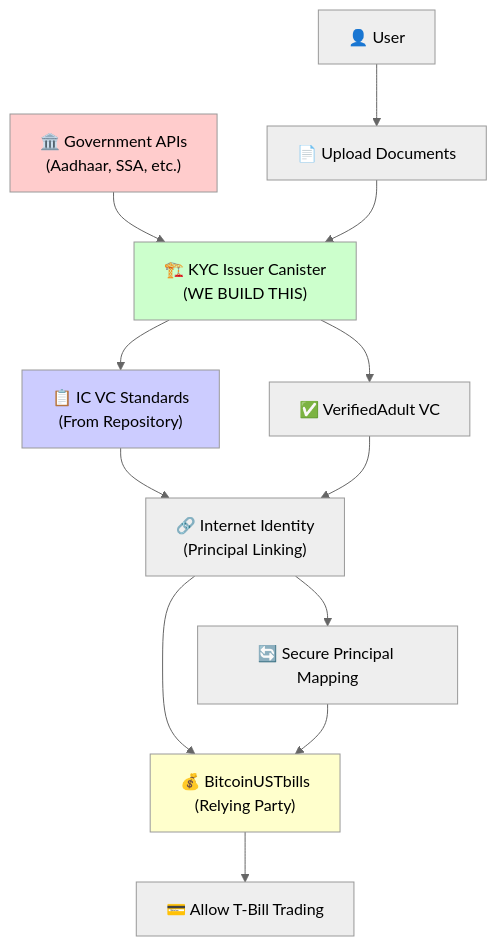
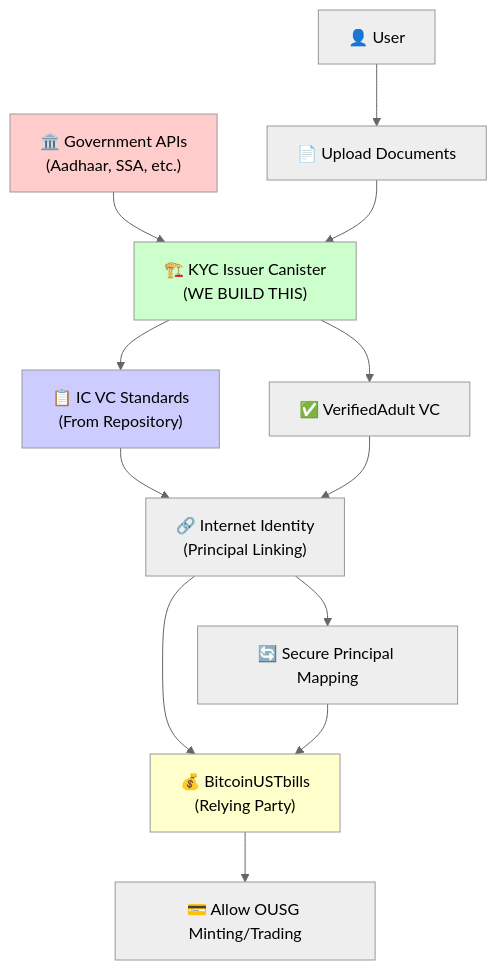
One commit to IC-DAPPS/BitcoinUSTbills changed the diagram in README.md. Above: the diagram before and after it, drawn with Mermaid (neutral theme). The commit also changed other lines of this file, not shown here.

First line of the commit message:
docs: Revise README to reflect OUSG token minting and platform features

````diff
--- a/README.md
+++ b/README.md
@@ -107,20 +116,20 @@
 ```mermaid
 graph TD
     A["🏛️ Government APIs<br/>(Aadhaar, SSA, etc.)"] --> B["🏗️ KYC Issuer Canister<br/>(WE BUILD THIS)"]
     B --> C["📋 IC VC Standards<br/>(From Repository)"]
     C --> D["🔗 Internet Identity<br/>(Principal Linking)"]
     D --> E["💰 BitcoinUSTbills<br/>(Relying Party)"]
     
     F["👤 User"] --> G["📄 Upload Documents"]
     G --> B
     B --> H["✅ VerifiedAdult VC"]
     H --> D
     D --> I["🔄 Secure Principal Mapping"]
     I --> E
-    E --> J["💳 Allow T-Bill Trading"]
+    E --> J["💳 Allow OUSG Minting/Trading"]
     
     style A fill:#ffcccc
     style B fill:#ccffcc
     style C fill:#ccccff
     style E fill:#ffffcc
 ```
````
